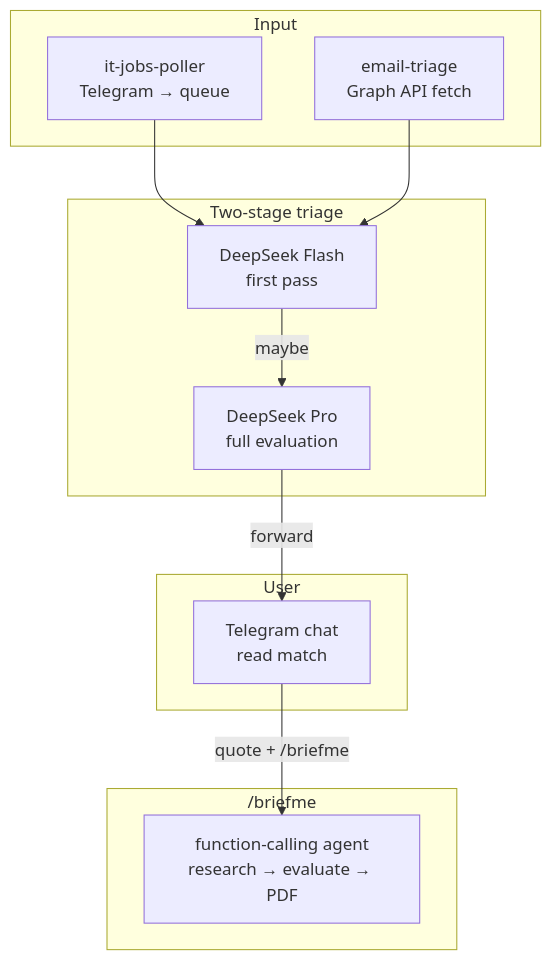
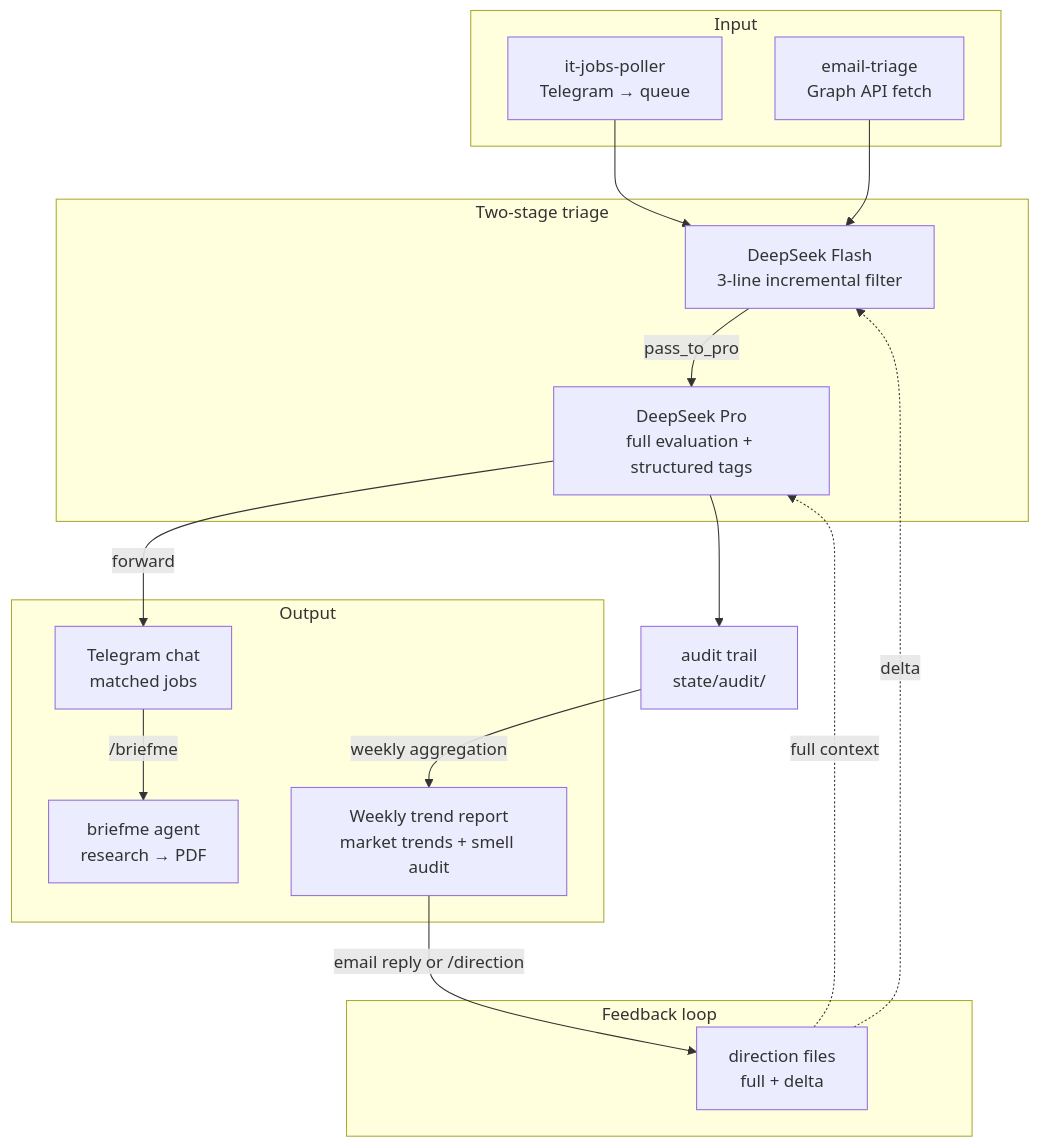
Before and after one commit to mknull/tg-infra: the diagram in README.md, drawn with Mermaid. The commit also changed other lines of this file and 3 other files, not shown here.

````diff
--- a/README.md
+++ b/README.md
@@ -9,26 +9,35 @@
 ```mermaid
 flowchart TB
   subgraph Input
     Poller[it-jobs-poller<br/>Telegram → queue]
     Email[email-triage<br/>Graph API fetch]
   end
 
   subgraph Decision["Two-stage triage"]
-    Flash[DeepSeek Flash<br/>first pass]
-    Pro[DeepSeek Pro<br/>full evaluation]
+    Flash[DeepSeek Flash<br/>3-line incremental filter]
+    Pro[DeepSeek Pro<br/>full evaluation + structured tags]
   end
 
-  subgraph Action["User"]
-    Chat[Telegram chat<br/>read match]
+  subgraph Output
+    Chat["Telegram chat<br/>matched jobs"]
+    Brief["briefme agent<br/>research → PDF"]
+    Weekly["Weekly trend report<br/>market trends + smell audit"]
   end
 
-  subgraph Brief["/briefme"]
-    Agent[function-calling agent<br/>research → evaluate → PDF]
+  subgraph Adaptation["Feedback loop"]
+    Direction["direction files<br/>full + delta"]
   end
+
+  Audit["audit trail<br/>state/audit/"]
 
   Poller --> Flash
   Email --> Flash
-  Flash -->|maybe| Pro
-  Pro -->|forward| Chat
-  Chat -->|quote + /briefme| Agent
+  Flash -->|pass_to_pro| Pro
+  Pro -->|"forward"| Chat
+  Pro --> Audit
+  Chat -->|" /briefme "| Brief
+  Audit -->|"weekly aggregation"| Weekly
+  Weekly -->|"email reply or /direction"| Direction
+  Direction -.->|"delta"| Flash
+  Direction -.->|"full context"| Pro
 ```
````
